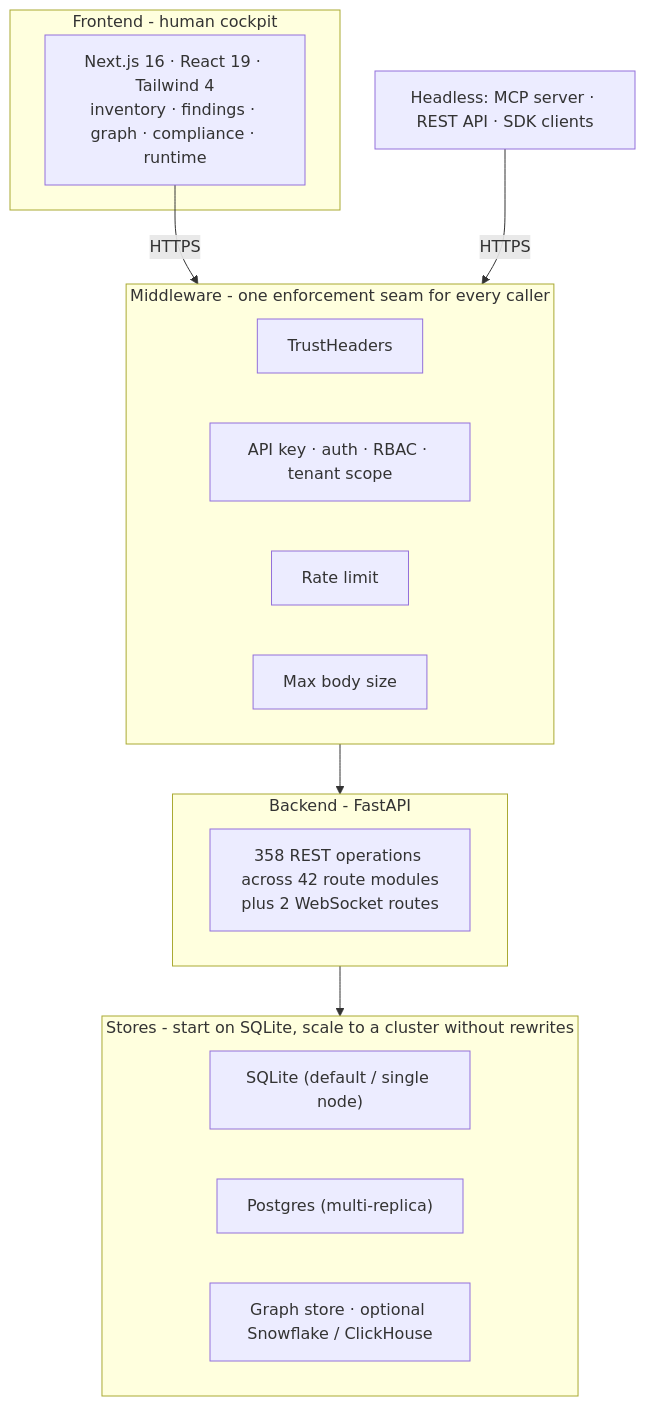
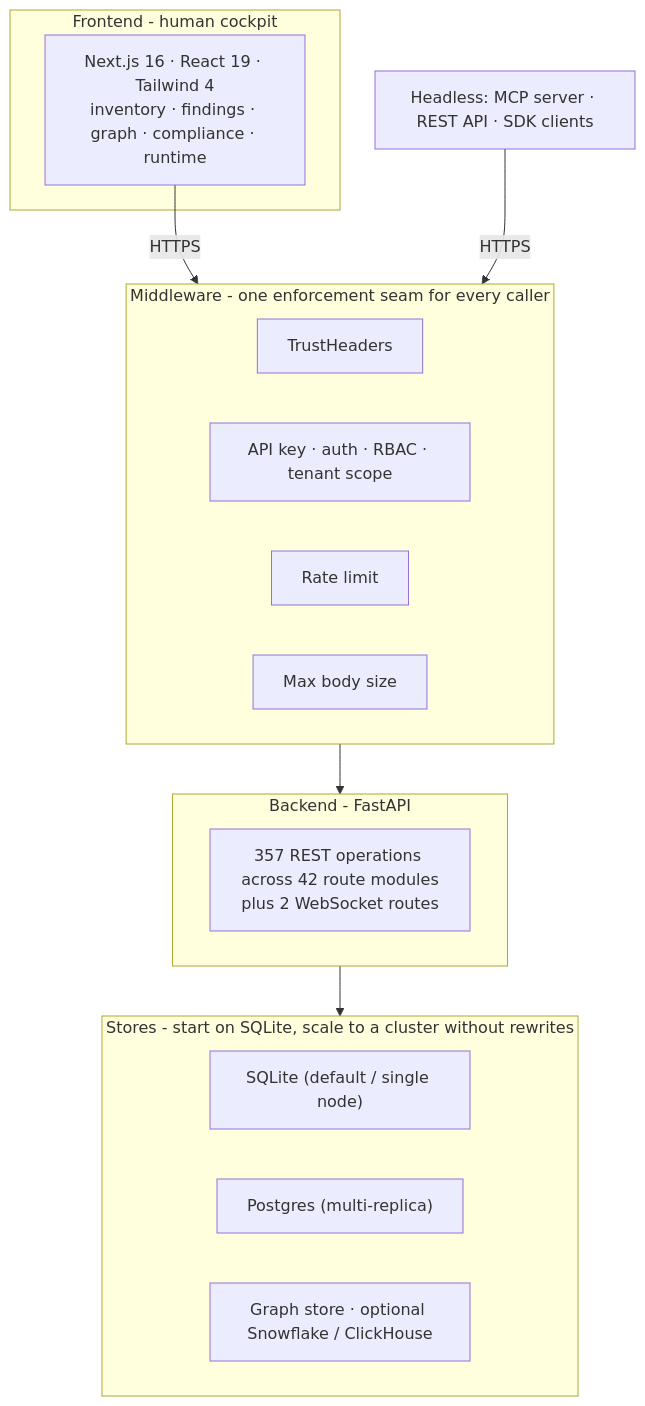
The fourth of 9 diagrams in docs/ARCHITECTURE.md (msaad00/agent-bom), drawn with Mermaid before and after one commit. The commit also changed 26 other files, not shown here.

````diff
--- a/docs/ARCHITECTURE.md
+++ b/docs/ARCHITECTURE.md
@@ -146,26 +146,27 @@
 ```mermaid
 flowchart TB
     subgraph FE["Frontend - human cockpit"]
         UI["Next.js 16 · React 19 · Tailwind 4\ninventory · findings · graph · compliance · runtime"]
     end
     subgraph MW["Middleware - one enforcement seam for every caller"]
         M1["TrustHeaders"]
         M2["API key · auth · RBAC · tenant scope"]
         M3["Rate limit"]
         M4["Max body size"]
     end
     subgraph BE["Backend - FastAPI"]
-        R["358 REST operations across 42 route modules\nplus 2 WebSocket routes"]
+        R["357 REST operations across 42 route modules
+plus 2 WebSocket routes"]
     end
     subgraph ST["Stores - start on SQLite, scale to a cluster without rewrites"]
         S1["SQLite (default / single node)"]
         S2["Postgres (multi-replica)"]
         S3["Graph store · optional Snowflake / ClickHouse"]
     end
 
     EXTAGENT["Headless: MCP server · REST API · SDK clients"]
 
     UI -->|HTTPS| MW
     EXTAGENT -->|HTTPS| MW
     MW --> BE --> ST
 ```
````
